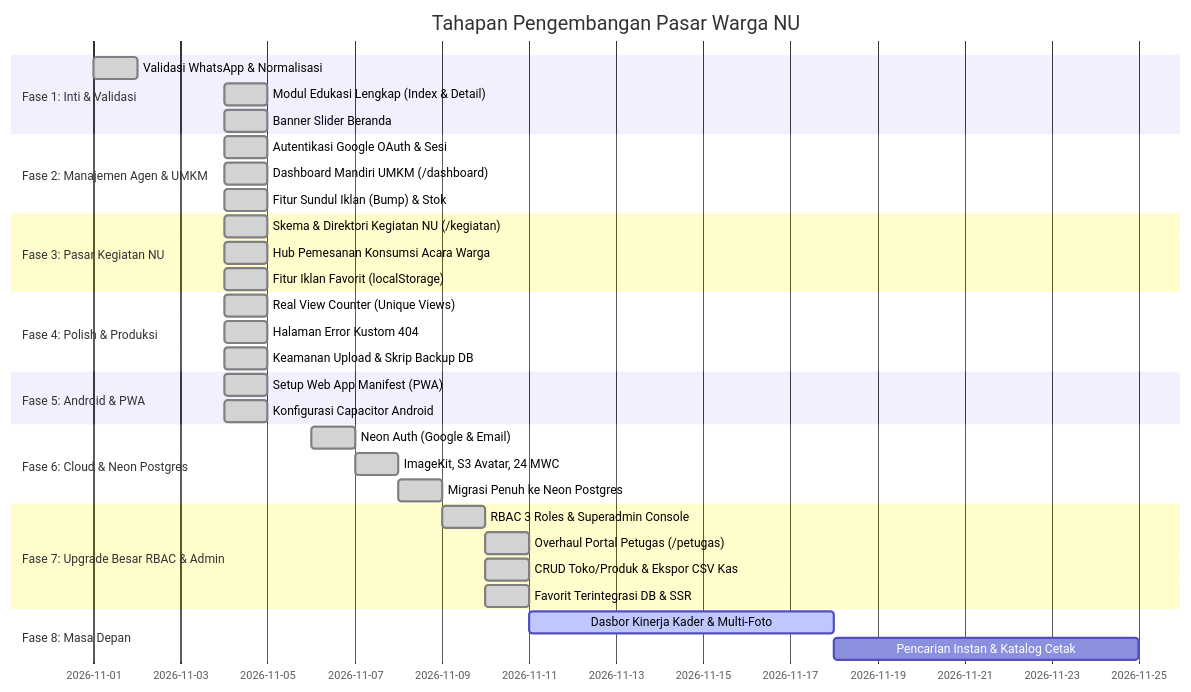
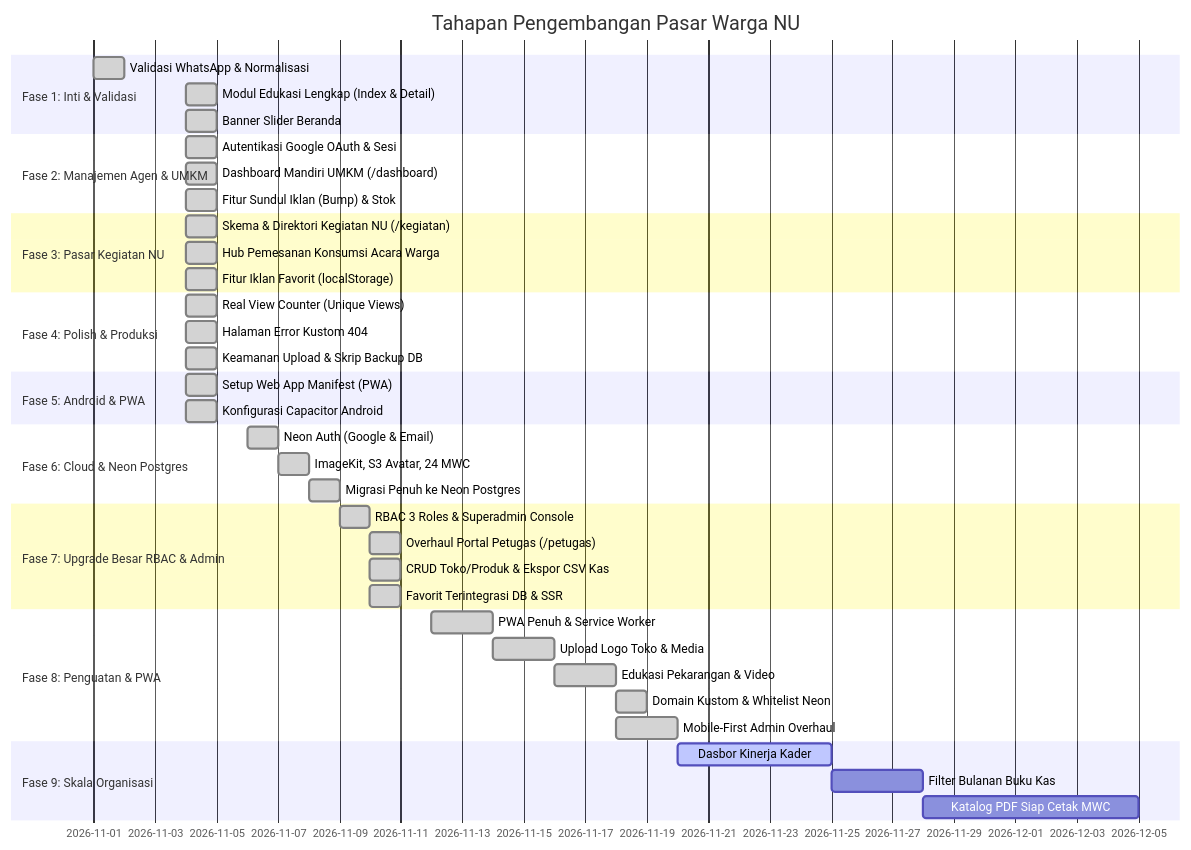
One commit to rasyiqi-code/mamasar changed the diagram in ROADMAP.md. Above: the diagram before and after it, drawn with Mermaid. The commit also changed other lines of this file and 7 other files, not shown here.

Commit message:
docs: sinkronisasi dokumentasi arsitektur, api, database, pwa, dan perbaikan label menu edukasi

````diff
--- a/ROADMAP.md
+++ b/ROADMAP.md
@@ -19,36 +19,43 @@
 ```mermaid
 gantt
     title Tahapan Pengembangan Pasar Warga NU
     dateFormat  YYYY-MM-DD
     section Fase 1: Inti & Validasi
     Validasi WhatsApp & Normalisasi :done, f1_1, 2026-11-01, 1d
     Modul Edukasi Lengkap (Index & Detail) :done, f1_2, 2026-11-04, 1d
     Banner Slider Beranda :done, f1_3, 2026-11-04, 1d
     section Fase 2: Manajemen Agen & UMKM
     Autentikasi Google OAuth & Sesi :done, f2_1, 2026-11-04, 1d
     Dashboard Mandiri UMKM (/dashboard) :done, f2_2, 2026-11-04, 1d
     Fitur Sundul Iklan (Bump) & Stok :done, f2_3, 2026-11-04, 1d
     section Fase 3: Pasar Kegiatan NU
     Skema & Direktori Kegiatan NU (/kegiatan) :done, f3_1, 2026-11-04, 1d
     Hub Pemesanan Konsumsi Acara Warga :done, f3_2, 2026-11-04, 1d
     Fitur Iklan Favorit (localStorage) :done, f3_3, 2026-11-04, 1d
     section Fase 4: Polish & Produksi
     Real View Counter (Unique Views) :done, f4_1, 2026-11-04, 1d
     Halaman Error Kustom 404 :done, f4_2, 2026-11-04, 1d
     Keamanan Upload & Skrip Backup DB :done, f4_3, 2026-11-04, 1d
     section Fase 5: Android & PWA
     Setup Web App Manifest (PWA) :done, f5_1, 2026-11-04, 1d
     Konfigurasi Capacitor Android :done, f5_2, 2026-11-04, 1d
     section Fase 6: Cloud & Neon Postgres
     Neon Auth (Google & Email) :done, f6_1, 2026-11-06, 1d
     ImageKit, S3 Avatar, 24 MWC :done, f6_2, 2026-11-07, 1d
     Migrasi Penuh ke Neon Postgres :done, f6_3, 2026-11-08, 1d
     section Fase 7: Upgrade Besar RBAC & Admin
     RBAC 3 Roles & Superadmin Console :done, f7_1, 2026-11-09, 1d
     Overhaul Portal Petugas (/petugas) :done, f7_2, 2026-11-10, 1d
     CRUD Toko/Produk & Ekspor CSV Kas :done, f7_3, 2026-11-10, 1d
     Favorit Terintegrasi DB & SSR :done, f7_4, 2026-11-10, 1d
-    section Fase 8: Masa Depan
-    Dasbor Kinerja Kader & Multi-Foto :active, f8_1, 2026-11-11, 7d
-    Pencarian Instan & Katalog Cetak : f8_2, after f8_1, 7d
+    section Fase 8: Penguatan & PWA
+    PWA Penuh & Service Worker :done, f8_1, 2026-11-12, 2d
+    Upload Logo Toko & Media :done, f8_2, 2026-11-14, 2d
+    Edukasi Pekarangan & Video :done, f8_3, 2026-11-16, 2d
+    Domain Kustom & Whitelist Neon :done, f8_4, 2026-11-18, 1d
+    Mobile-First Admin Overhaul :done, f8_5, 2026-11-18, 2d
+    section Fase 9: Skala Organisasi
+    Dasbor Kinerja Kader :active, f9_1, 2026-11-20, 5d
+    Filter Bulanan Buku Kas : f9_2, after f9_1, 3d
+    Katalog PDF Siap Cetak MWC : f9_3, after f9_2, 7d
 ```
````
